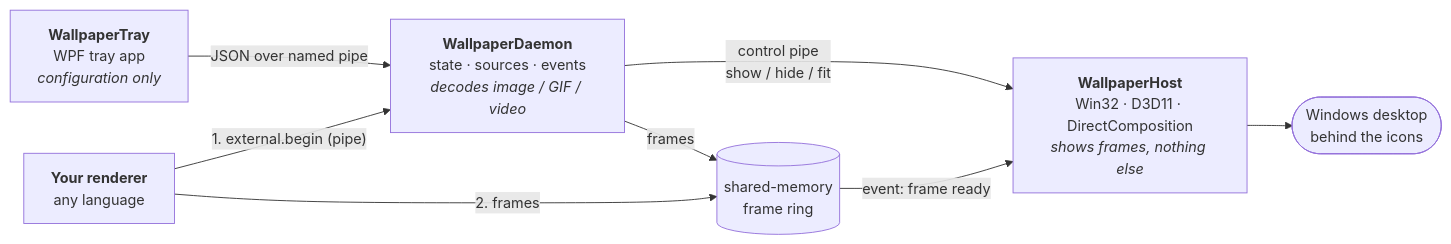
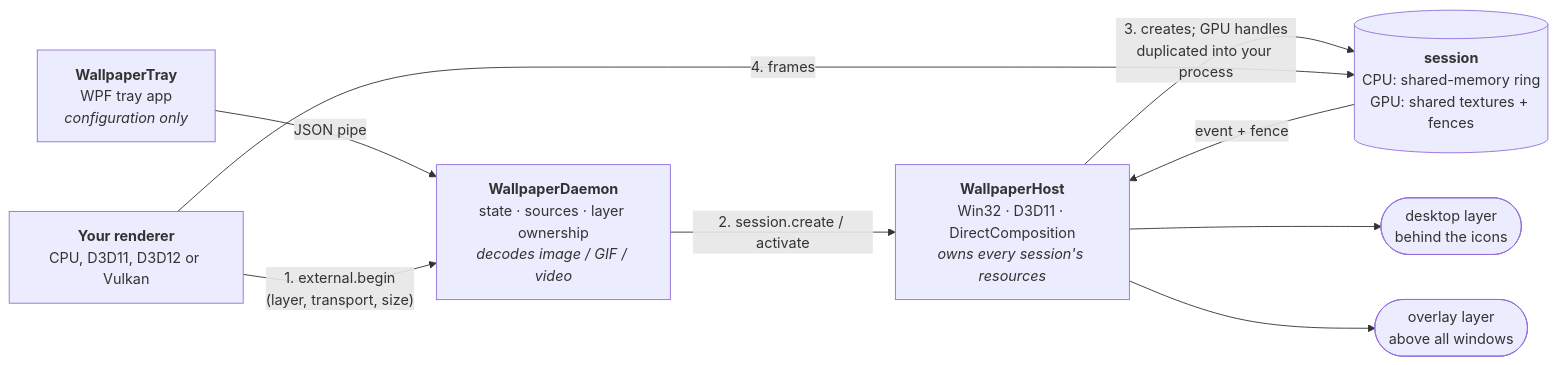
The diagram in README.md (Greg-Chinnici/WinWallpaperManager), drawn with Mermaid before and after one commit. The commit also changed other lines of this file and 36 other files, not shown here.

````diff
--- a/README.md
+++ b/README.md
@@ -26,16 +28,19 @@
 ```mermaid
 flowchart LR
     Tray["<b>WallpaperTray</b><br/>WPF tray app<br/><i>configuration only</i>"]
-    Daemon["<b>WallpaperDaemon</b><br/>state · sources · events<br/><i>decodes image / GIF / video</i>"]
-    Host["<b>WallpaperHost</b><br/>Win32 · D3D11 · DirectComposition<br/><i>shows frames, nothing else</i>"]
-    App["<b>Your renderer</b><br/>any language"]
-    Desktop(["Windows desktop<br/>behind the icons"])
+    Daemon["<b>WallpaperDaemon</b><br/>state · sources · layer ownership<br/><i>decodes image / GIF / video</i>"]
+    Host["<b>WallpaperHost</b><br/>Win32 · D3D11 · DirectComposition<br/><i>owns every session's resources</i>"]
+    App["<b>Your renderer</b><br/>CPU, D3D11, D3D12 or Vulkan"]
+    Session[("<b>session</b><br/>CPU: shared-memory ring<br/>GPU: shared textures + fences")]
+    Desktop(["desktop layer<br/>behind the icons"])
+    Overlay(["overlay layer<br/>above all windows"])
 
-    Tray -- "JSON over named pipe" --> Daemon
-    App -- "1. external.begin (pipe)" --> Daemon
-    Daemon -- "control pipe<br/>show / hide / fit" --> Host
-    Daemon -- "frames" --> Ring[("shared-memory<br/>frame ring")]
-    App -- "2. frames" --> Ring
-    Ring -- "event: frame ready" --> Host
+    Tray -- "JSON pipe" --> Daemon
+    App -- "1. external.begin<br/>(layer, transport, size)" --> Daemon
+    Daemon -- "2. session.create / activate" --> Host
+    Host -- "3. creates; GPU handles<br/>duplicated into your process" --> Session
+    App -- "4. frames" --> Session
+    Session -- "event + fence" --> Host
     Host --> Desktop
+    Host --> Overlay
 ```
````
